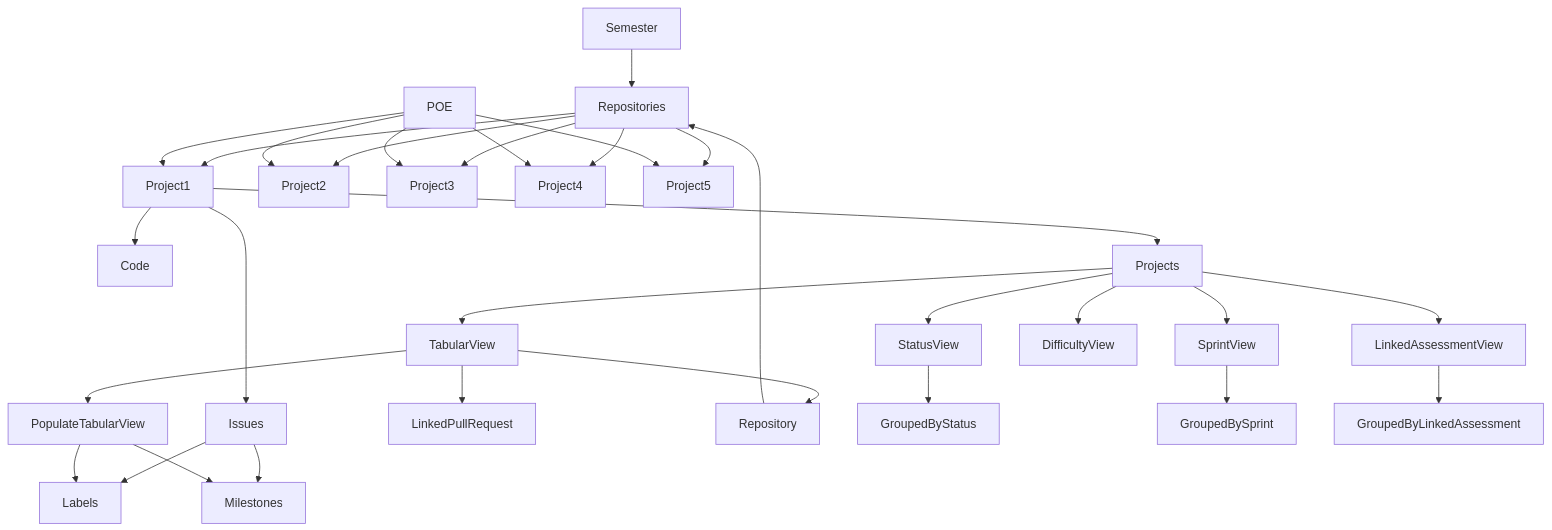
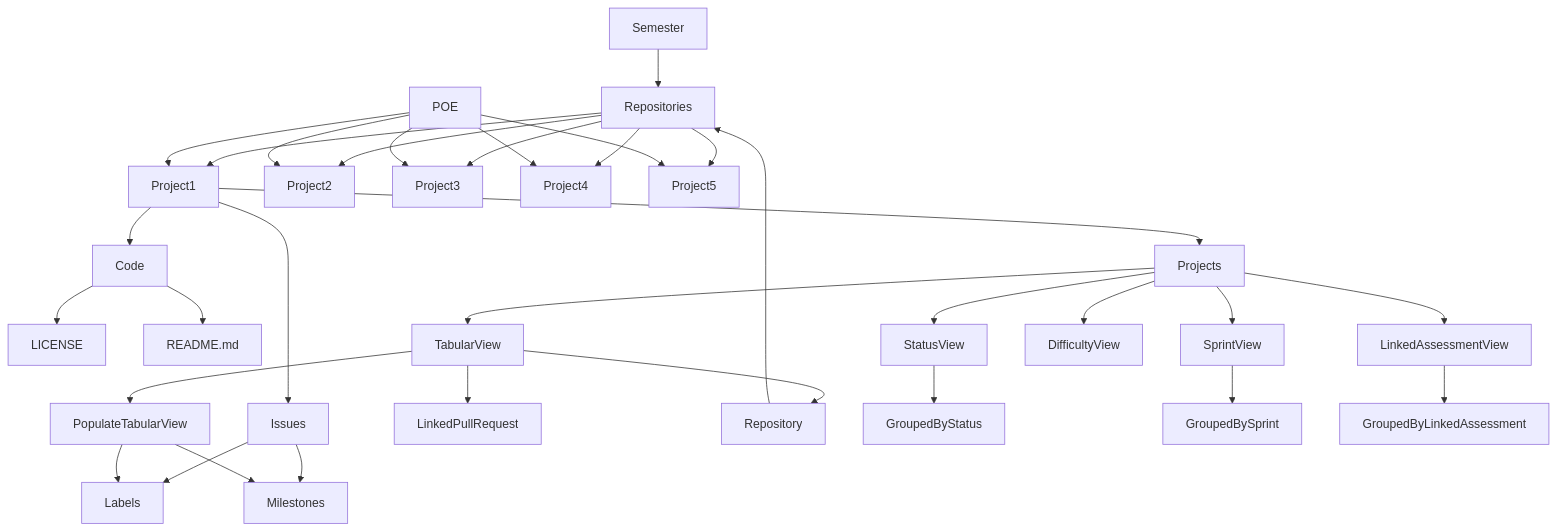
Before and after one commit to Mosotho888/CMPG-323-Overview---35551178: the diagram in README.md, drawn with Mermaid.

````diff
--- a/README.md
+++ b/README.md
@@ -12,33 +12,35 @@
 ```mermaid
 graph TB;
       Semester-->Repositories;
       Repositories-->Project1;
       Repositories-->Project2;
       Repositories-->Project3;
       Repositories-->Project4;
       Repositories-->Project5;
       POE-->Project1;
       POE-->Project2;
       POE-->Project3;
       POE-->Project4;
       POE-->Project5;
       Project1-->Code;
       Project1-->Issues;
       Project1-->Projects;
+      Code-->LICENSE;
+      Code-->README.md;
       Issues-->Labels;
       Issues-->Milestones;
       Projects-->TabularView;
       Projects-->StatusView;
       Projects-->SprintView;
       Projects-->LinkedAssessmentView;
       Projects-->DifficultyView;
       TabularView-->PopulateTabularView;
       TabularView-->LinkedPullRequest;
       TabularView-->Repository;
       PopulateTabularView-->Milestones;
       PopulateTabularView-->Labels;
       StatusView-->GroupedByStatus;
       SprintView-->GroupedBySprint;
       LinkedAssessmentView-->GroupedByLinkedAssessment;
       Repository-->Repositories;
 ```
````
